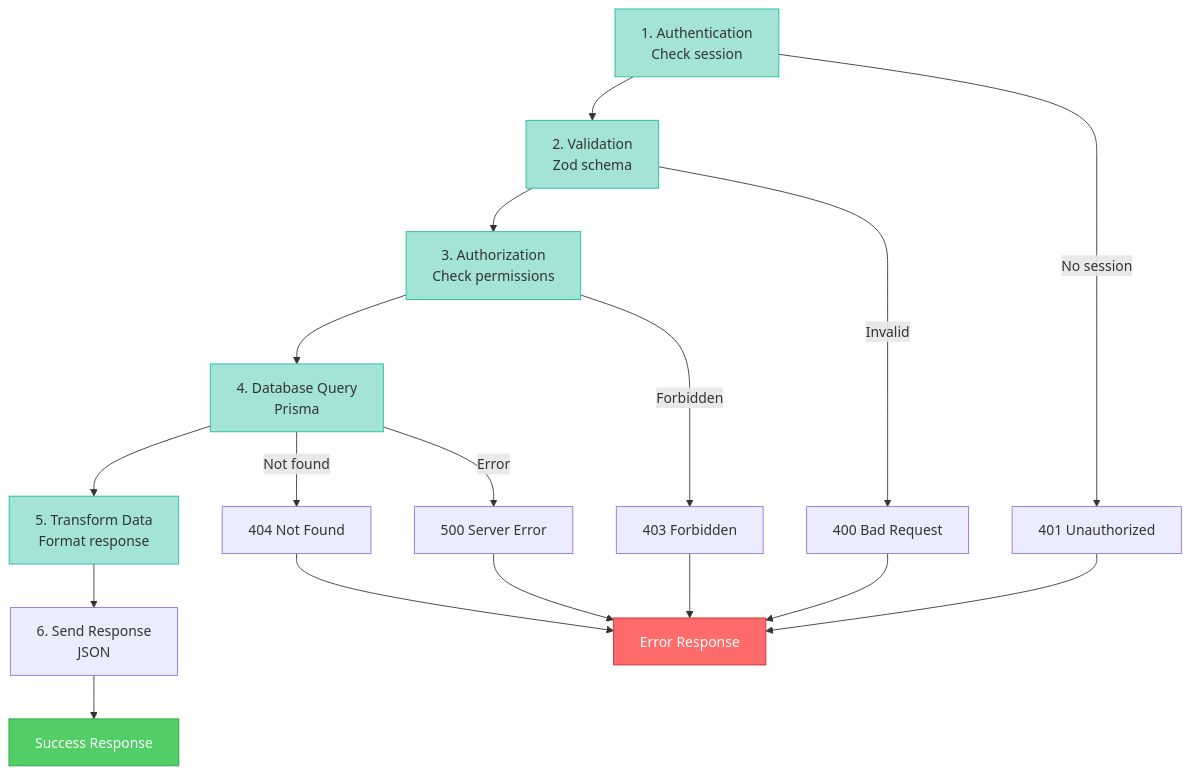
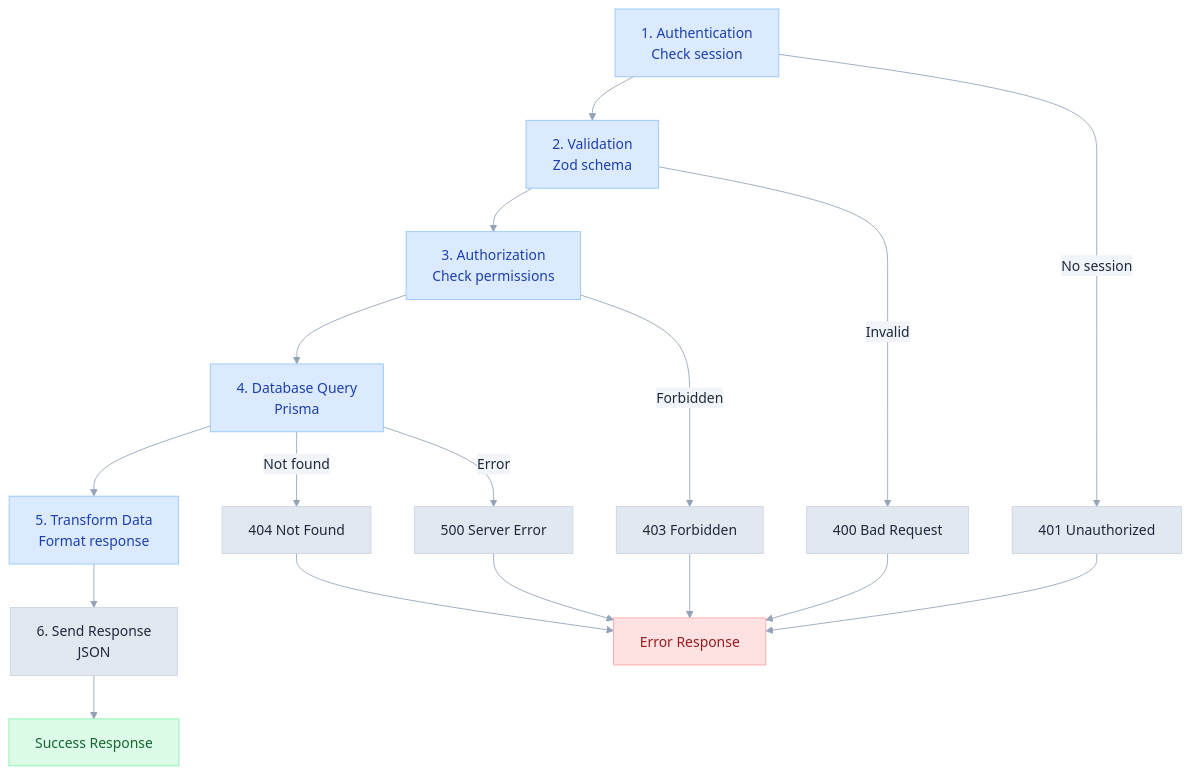
One commit to 3DHDSoft/devmultiplier-academy changed the diagram in doc/api-implementation-guide.md. Above: the diagram before and after it, drawn with Mermaid. The commit also changed 19 other files, not shown here.

````diff
--- a/doc/api-implementation-guide.md
+++ b/doc/api-implementation-guide.md
@@ -9,29 +9,40 @@
 ```mermaid
+%%{init: {'theme': 'base', 'themeVariables': {
+  'primaryColor': '#e2e8f0',
+  'primaryTextColor': '#1e293b',
+  'primaryBorderColor': '#cbd5e1',
+  'lineColor': '#94a3b8',
+  'secondaryColor': '#f1f5f9',
+  'tertiaryColor': '#f8fafc',
+  'background': '#ffffff',
+  'textColor': '#334155',
+  'fontFamily': 'system-ui, -apple-system, sans-serif'
+}}}%%
 flowchart TD
     A["1. Authentication<br/>Check session"] --> B["2. Validation<br/>Zod schema"]
     B --> C["3. Authorization<br/>Check permissions"]
     C --> D["4. Database Query<br/>Prisma"]
     D --> E["5. Transform Data<br/>Format response"]
     E --> F["6. Send Response<br/>JSON"]
 
     A -->|No session| Err1["401 Unauthorized"]
     C -->|Forbidden| Err2["403 Forbidden"]
     B -->|Invalid| Err3["400 Bad Request"]
     D -->|Not found| Err4["404 Not Found"]
     D -->|Error| Err5["500 Server Error"]
 
     Err1 --> ErrorResp["Error Response"]
     Err2 --> ErrorResp
     Err3 --> ErrorResp
     Err4 --> ErrorResp
     Err5 --> ErrorResp
     F --> Success["Success Response"]
 
-    style A fill:#a3e4d7,stroke:#1abc9c
-    style B fill:#a3e4d7,stroke:#1abc9c
-    style C fill:#a3e4d7,stroke:#1abc9c
-    style D fill:#a3e4d7,stroke:#1abc9c
-    style E fill:#a3e4d7,stroke:#1abc9c
-    style Success fill:#51cf66,stroke:#2f9e44,color:#fff
-    style ErrorResp fill:#ff6b6b,stroke:#c92a2a,color:#fff
+    style A fill:#dbeafe,stroke:#93c5fd,color:#1e40af
+    style B fill:#dbeafe,stroke:#93c5fd,color:#1e40af
+    style C fill:#dbeafe,stroke:#93c5fd,color:#1e40af
+    style D fill:#dbeafe,stroke:#93c5fd,color:#1e40af
+    style E fill:#dbeafe,stroke:#93c5fd,color:#1e40af
+    style Success fill:#dcfce7,stroke:#86efac,color:#166534
+    style ErrorResp fill:#fee2e2,stroke:#fca5a5,color:#991b1b
 ```
````
